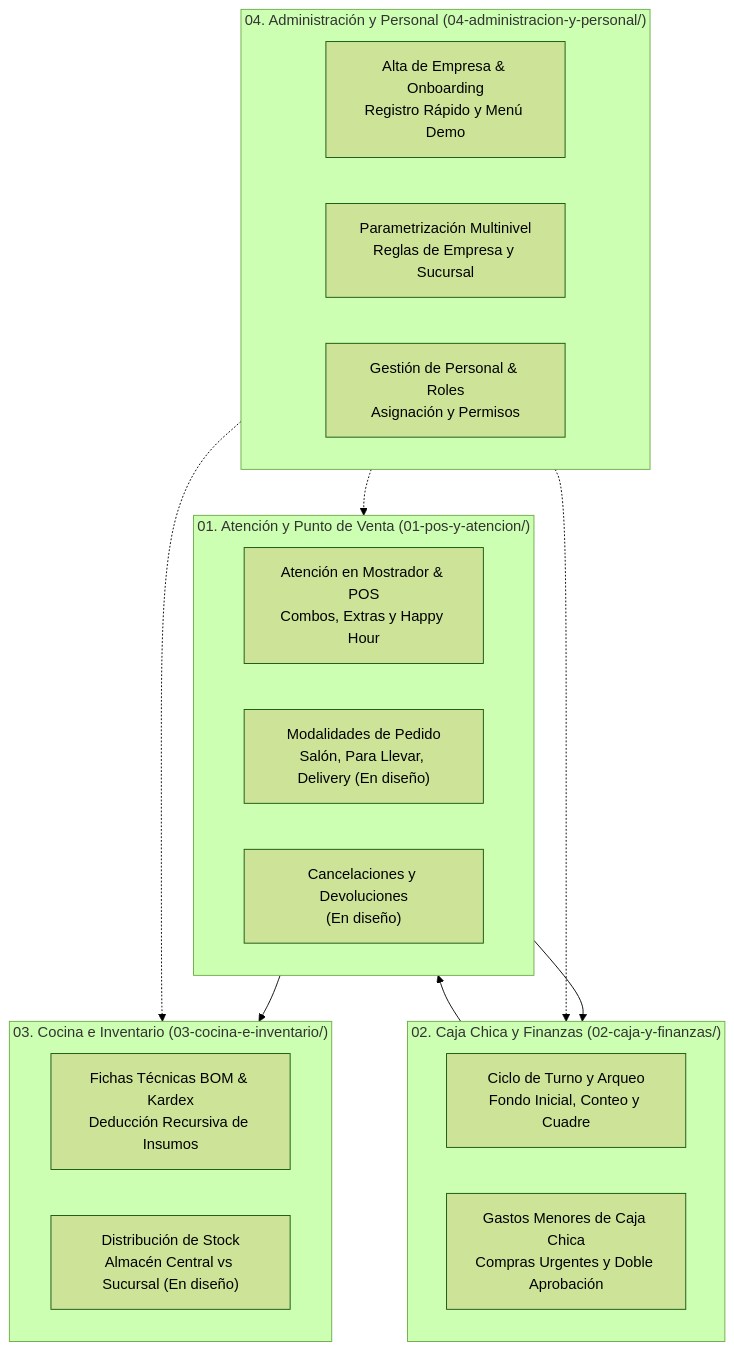
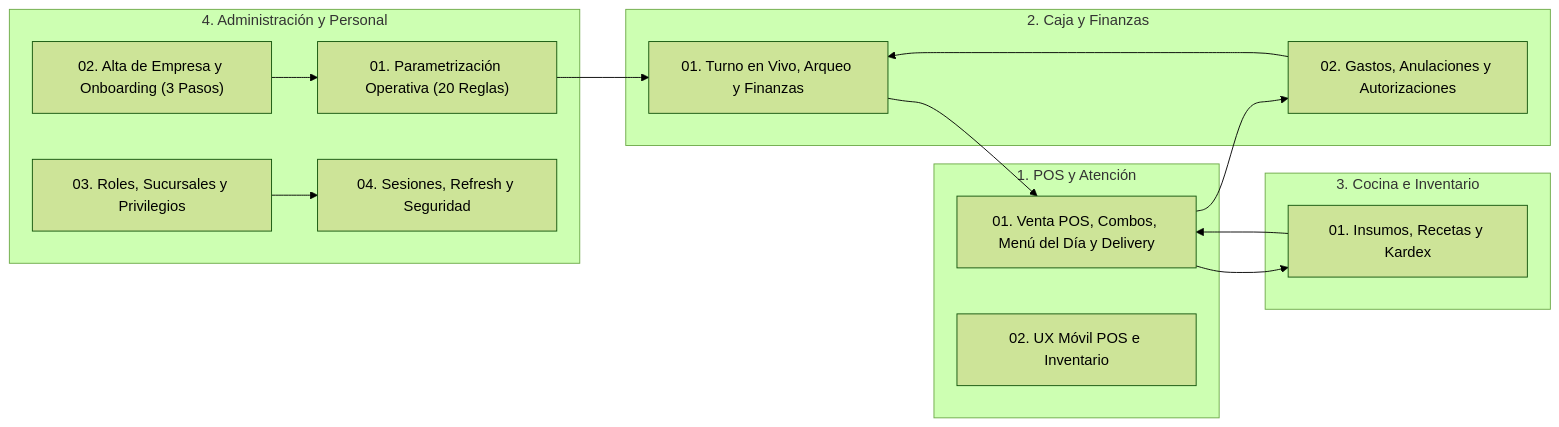
The diagram in docs/business-processes/README.md (vakajose/gestion-restaurante), drawn with Mermaid (forest theme) before and after one commit. The commit also changed other lines of this file and 156 other files, not shown here.

````diff
--- a/docs/business-processes/README.md
+++ b/docs/business-processes/README.md
@@ -28,31 +27,32 @@
 ```mermaid
-flowchart TD
-    subgraph SecPOS ["01. Atención y Punto de Venta (01-pos-y-atencion/)"]
-        P_Atencion["Atención en Mostrador & POS<br/>Combos, Extras y Happy Hour"]
-        P_Modalidades["Modalidades de Pedido<br/>Salón, Para Llevar, Delivery (En diseño)"]
-        P_Cancelaciones["Cancelaciones y Devoluciones<br/>(En diseño)"]
+flowchart LR
+    subgraph Admin["4. Administración y Personal"]
+        P41["01. Parametrización Operativa (20 Reglas)"]
+        P42["02. Alta de Empresa y Onboarding (3 Pasos)"]
+        P43["03. Roles, Sucursales y Privilegios"]
+        P44["04. Sesiones, Refresh y Seguridad"]
     end
 
-    subgraph SecCaja ["02. Caja Chica y Finanzas (02-caja-y-finanzas/)"]
-        P_Turno["Ciclo de Turno y Arqueo<br/>Fondo Inicial, Conteo y Cuadre"]
-        P_Gastos["Gastos Menores de Caja Chica<br/>Compras Urgentes y Doble Aprobación"]
+    subgraph Cocina["3. Cocina e Inventario"]
+        P31["01. Insumos, Recetas y Kardex"]
     end
 
-    subgraph SecCocina ["03. Cocina e Inventario (03-cocina-e-inventario/)"]
-        P_Recetas["Fichas Técnicas BOM & Kardex<br/>Deducción Recursiva de Insumos"]
-        P_Distribucion["Distribución de Stock<br/>Almacén Central vs Sucursal (En diseño)"]
+    subgraph POS["1. POS y Atención"]
+        P11["01. Venta POS, Combos, Menú del Día y Delivery"]
+        P12["02. UX Móvil POS e Inventario"]
     end
 
-    subgraph SecAdmin ["04. Administración y Personal (04-administracion-y-personal/)"]
-        P_Onboarding["Alta de Empresa & Onboarding<br/>Registro Rápido y Menú Demo"]
-        P_Parametros["Parametrización Multinivel<br/>Reglas de Empresa y Sucursal"]
-        P_Personal["Gestión de Personal & Roles<br/>Asignación y Permisos"]
+    subgraph Fin["2. Caja y Finanzas"]
+        P21["01. Turno en Vivo, Arqueo y Finanzas"]
+        P22["02. Gastos, Anulaciones y Autorizaciones"]
     end
 
-    SecCaja --> SecPOS
-    SecPOS --> SecCocina
-    SecPOS --> SecCaja
-    SecAdmin -.-> SecPOS
-    SecAdmin -.-> SecCaja
-    SecAdmin -.-> SecCocina
+    P42 --> P41
+    P43 --> P44
+    P41 --> P21
+    P31 --> P11
+    P21 --> P11
+    P11 --> P22
+    P22 --> P21
+    P11 --> P31
 ```
````
